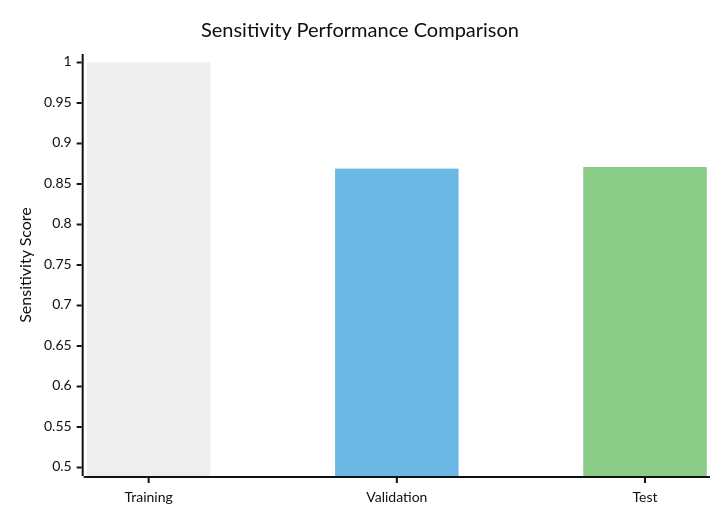
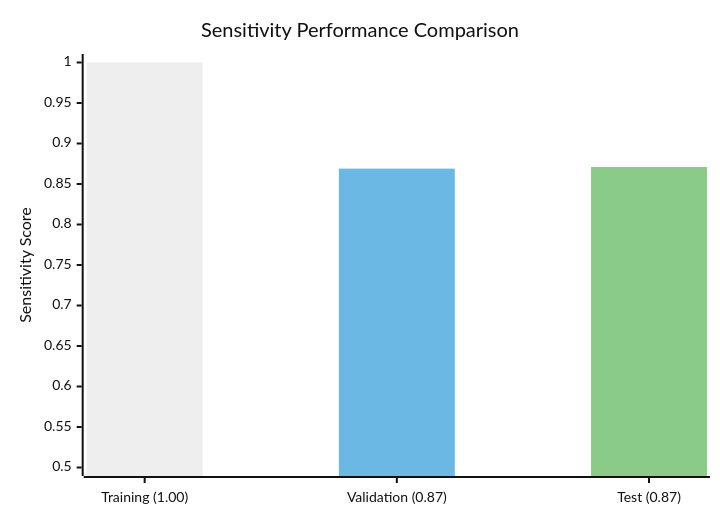
One commit to Daniel-Lachner-Piza/EEG_Characterizer_HFO changed the fourth of 5 diagrams in README.md. Above: the diagram before and after it, drawn with Mermaid (neutral theme). The commit also changed other lines of this file, not shown here.

````diff
--- a/README.md
+++ b/README.md
@@ -75,9 +75,9 @@
 ```mermaid
 xychart-beta
     title "Sensitivity Performance Comparison"
-    x-axis [Training, Validation, Test]
+    x-axis ["Training (1.00)", "Validation (0.87)", "Test (0.87)"]
     y-axis "Sensitivity Score" 0.5 --> 1.0
-    bar "Training<br>(1.00)" [1.000, 0, 0]
-    bar "Validation<br>(0.87)" [0, 0.869, 0]
-    bar "Test<br>(0.87)" [0, 0, 0.871]
+    bar "Training (1.00)" [1.000, 0, 0]
+    bar "Validation (0.87)" [0, 0.869, 0]
+    bar "Test (0.87)" [0, 0, 0.871]
 ```
````
